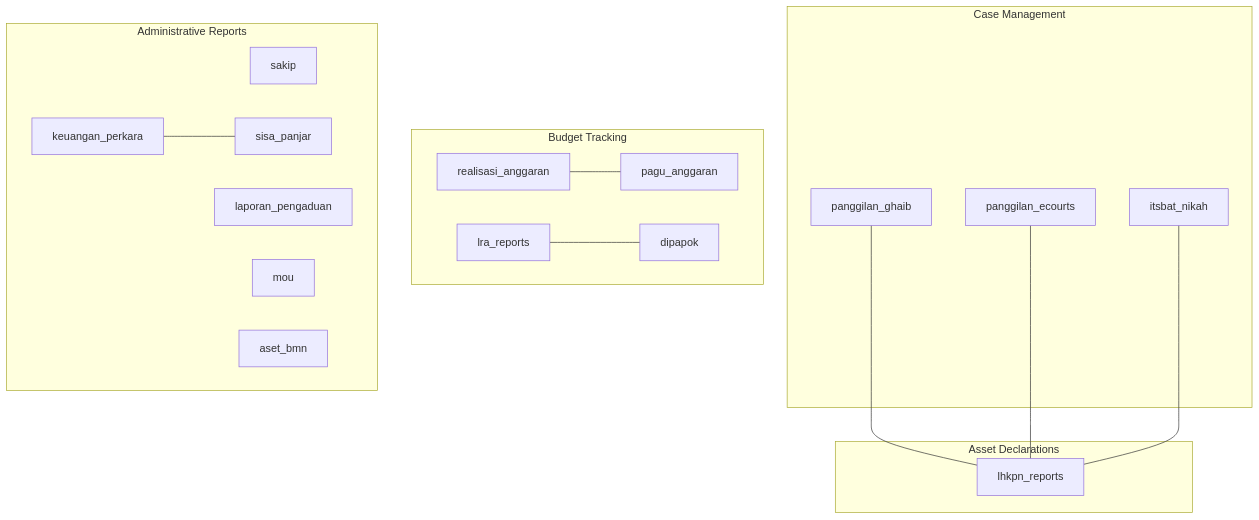
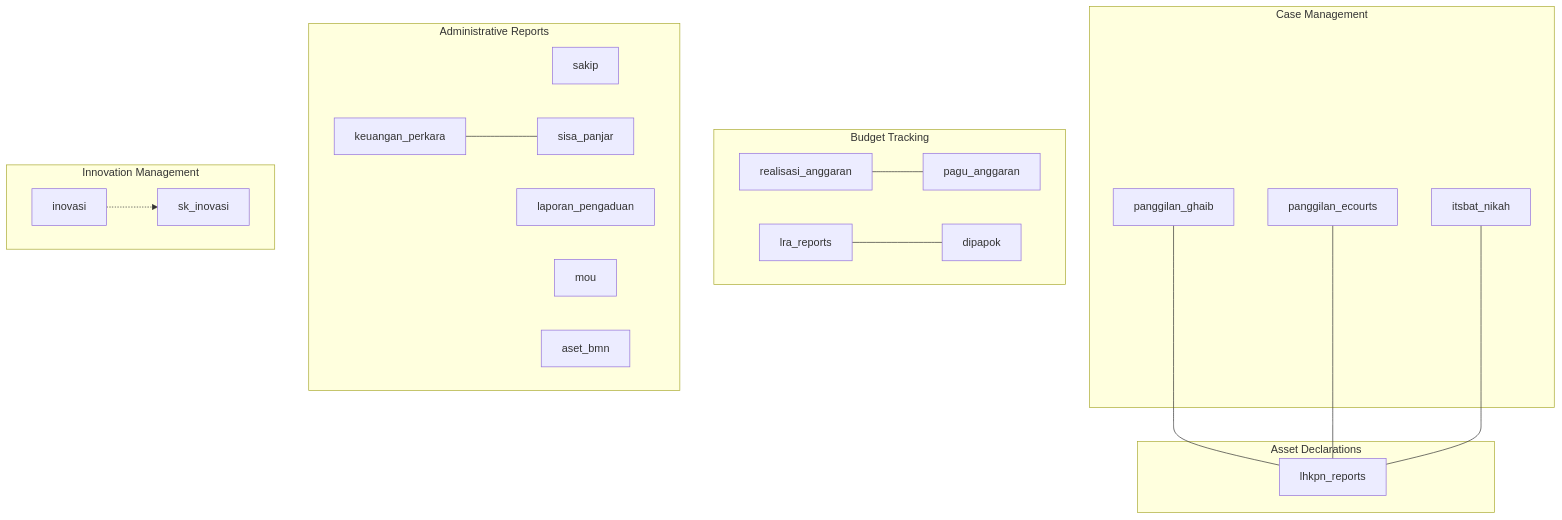
The first of 7 diagrams in .qoder/repowiki/en/content/Database Design/Database Design.md (backuppapnj/api-web), drawn with Mermaid before and after one commit. The commit also changed other lines of this file and 13 other files, not shown here.

````diff
--- a/.qoder/repowiki/en/content/Database Design/Database Design.md
+++ b/.qoder/repowiki/en/content/Database Design/Database Design.md
@@ -61,31 +85,36 @@
 ```mermaid
 graph TB
 subgraph "Case Management"
 PG["panggilan_ghaib"]
 PE["panggilan_ecourts"]
 IN["itsbat_nikah"]
 end
 subgraph "Asset Declarations"
 LR["lhkpn_reports"]
 end
 subgraph "Budget Tracking"
 RA["realisasi_anggaran"]
 PA["pagu_anggaran"]
 DP["dipapok"]
 LRA["lra_reports"]
 end
 subgraph "Administrative Reports"
 SA["sakip"]
 LP["laporan_pengaduan"]
 KP["keuangan_perkara"]
 MOU["mou"]
 SP["sisa_panjar"]
 AB["aset_bmn"]
 end
+subgraph "Innovation Management"
+INV["inovasi"]
+SK["sk_inovasi"]
+end
 PG --- LR
 PE --- LR
 IN --- LR
 RA --- PA
 LRA --- DP
 KP --- SP
+INV -.-> SK
 ```
````
